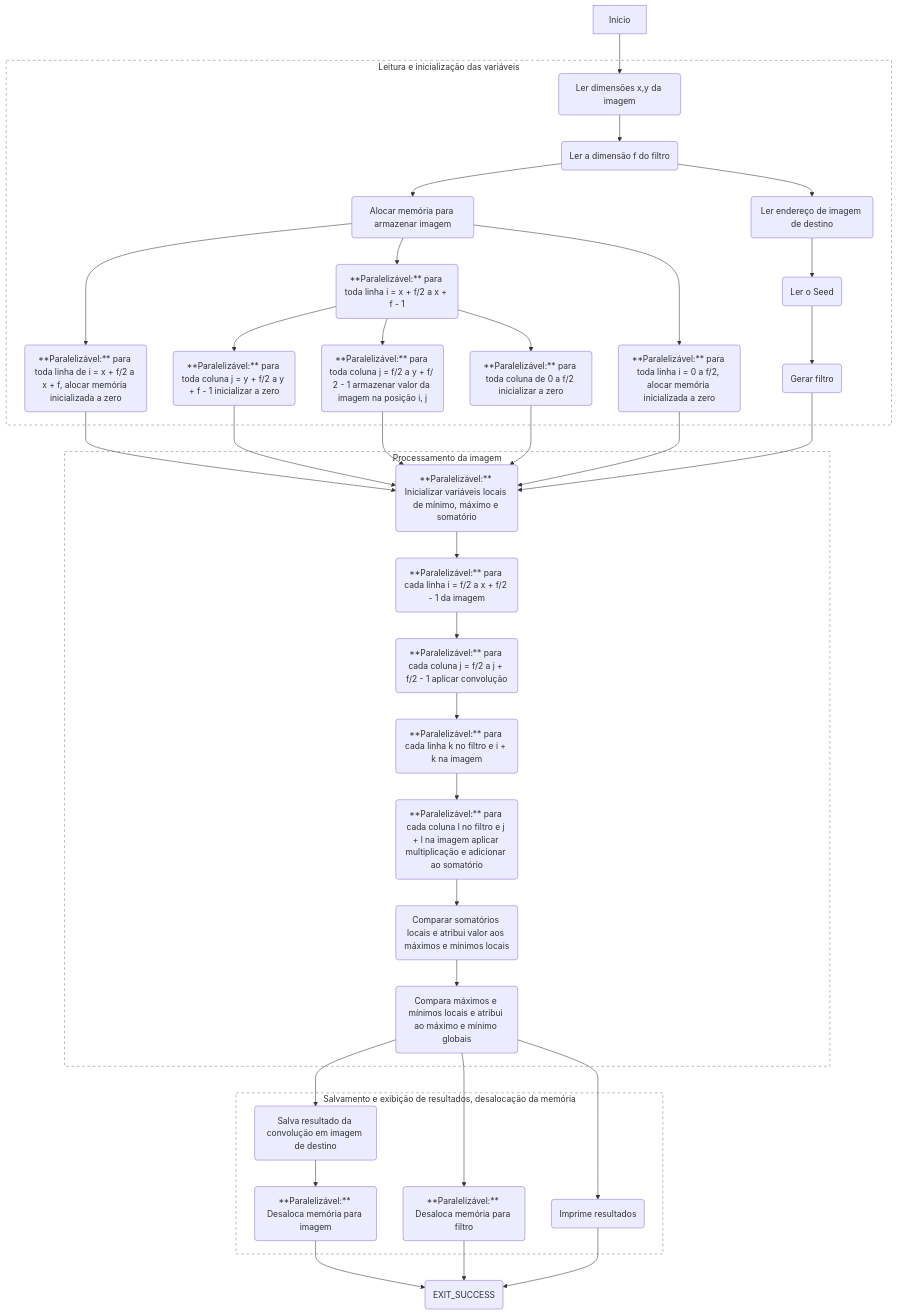
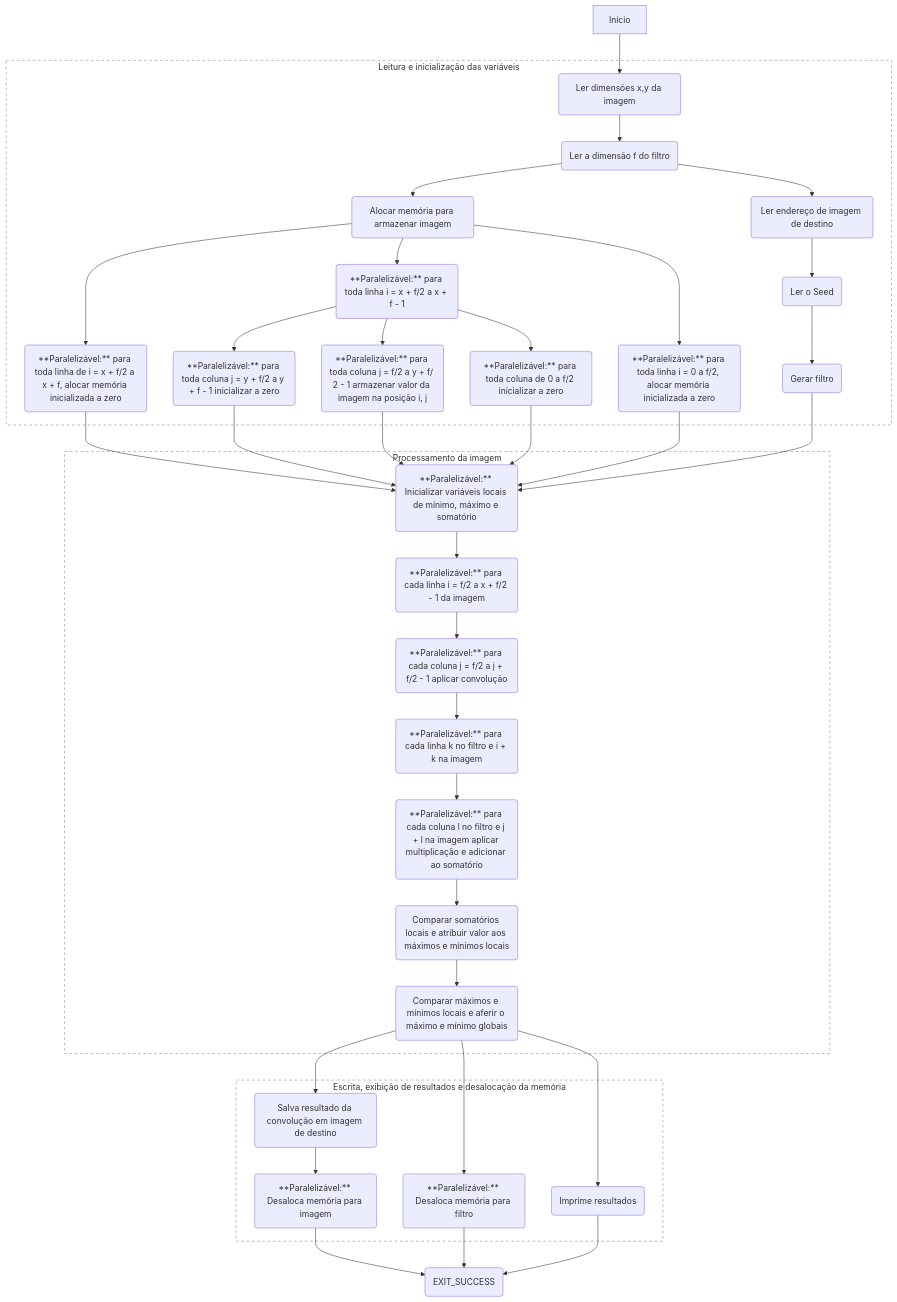
Before and after one commit to de-abreu/alto_desempenho: the diagram in trabalho_1/README.md, drawn with Mermaid. The commit also changed other lines of this file and 2 other files, not shown here.

````diff
--- a/trabalho_1/README.md
+++ b/trabalho_1/README.md
@@ -20,46 +31,46 @@
 ```mermaid
 flowchart TD
     A[Início] --> B(Ler dimensões x,y da imagem)
     subgraph r1 [Leitura e inicialização das variáveis]
         style r1 stroke-dasharray: 5, 5, fill:none, stroke: grey
 
         B --> E(Ler a dimensão f do filtro)
         E --> AD(Ler endereço de imagem de destino)
         AD --> F(Ler o Seed)
         E --> G(Alocar memória para armazenar imagem)
         G --> H(**Paralelizável:** para toda linha i = 0 a f/2, alocar memória inicializada a zero)
         G --> M(**Paralelizável:** para toda linha de i = x + f/2 a x + f, alocar memória inicializada a zero)
         I --> J(**Paralelizável:** para toda coluna de 0 a f/2 inicializar a zero)
         I --> f(**Paralelizável:** para toda coluna j = f/2 a y + f/ 2 - 1 armazenar valor da imagem na posição i, j)
         I --> L(**Paralelizável:** para toda coluna j = y + f/2 a y + f - 1 inicializar a zero)
         G --> I(**Paralelizável:** para toda linha i = x + f/2 a x + f - 1)
         F --> N(Gerar filtro)
     end
     subgraph r2 [Processamento da imagem]
         style r2 stroke-dasharray: 5, 5, fill:none, stroke: grey
 
         M --> O(**Paralelizável:** Inicializar variáveis locais de mínimo, máximo e somatório)
         L --> O
         f --> O
         J --> O
         H --> O
         N --> O
         O --> Q(**Paralelizável:** para cada linha i = f/2 a x + f/2 - 1 da imagem)
         Q --> S(**Paralelizável:** para cada coluna j = f/2 a j + f/2 - 1 aplicar convolução)
         S --> T(**Paralelizável:** para cada linha k no filtro e i + k na imagem)
         T --> X(**Paralelizável:** para cada coluna l no filtro e j + l na imagem aplicar multiplicação e adicionar ao somatório)
-        X --> Y(Comparar somatórios locais e atribui valor aos máximos e mínimos locais)
-        Y --> Z(Compara máximos e mínimos locais e atribui ao máximo e mínimo globais)
+        X --> Y(Comparar somatórios locais e atribuir valor aos máximos e mínimos locais)
+        Y --> Z(Comparar máximos e mínimos locais e aferir o máximo e mínimo globais)
     end
-    subgraph r3 [Salvamento e exibição de resultados, desalocação da memória]
+    subgraph r3 [Escrita, exibição de resultados e desalocação da memória]
         style r3 stroke-dasharray: 5, 5, fill:none, stroke: grey
         Z --> W(Imprime resultados)
         Z --> AC(**Paralelizável:** Desaloca memória para filtro)
         Z --> C(Salva resultado da convolução em imagem de destino)
         C --> AB(**Paralelizável:** Desaloca memória para imagem)
     end
 
     AB --> EXIT(EXIT_SUCCESS)
     AC --> EXIT
     W --> EXIT
 ```
````
